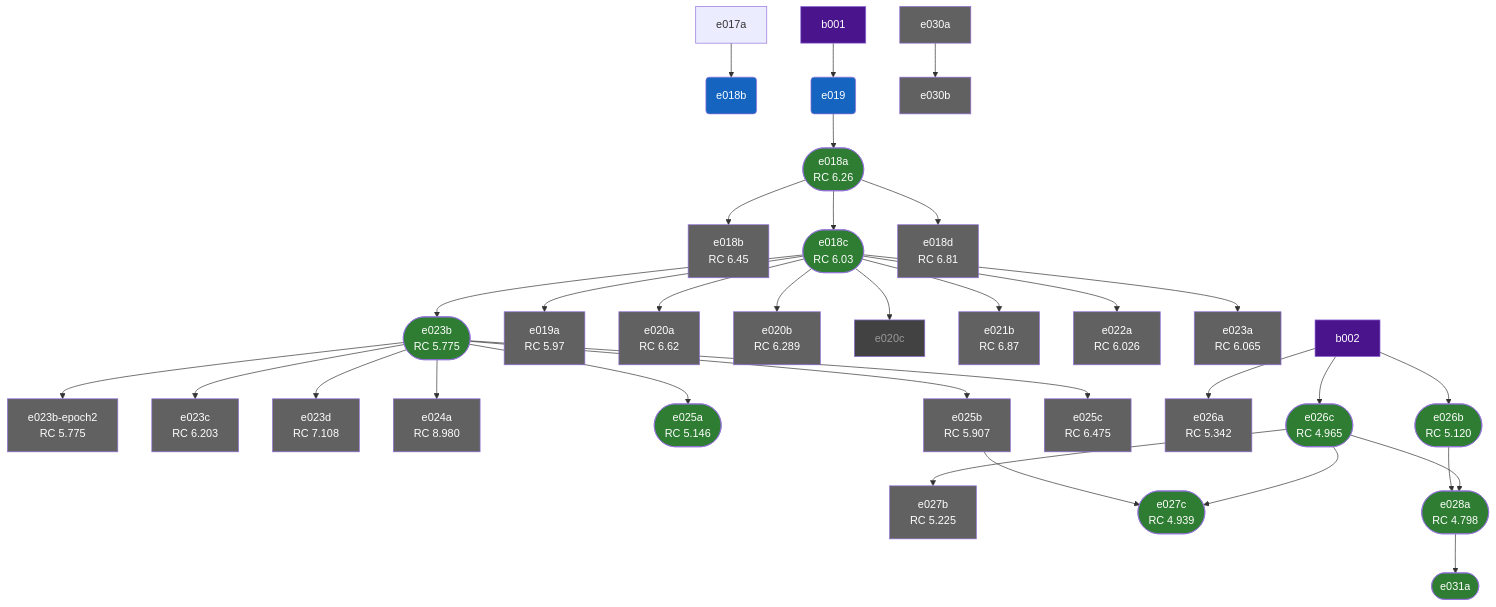
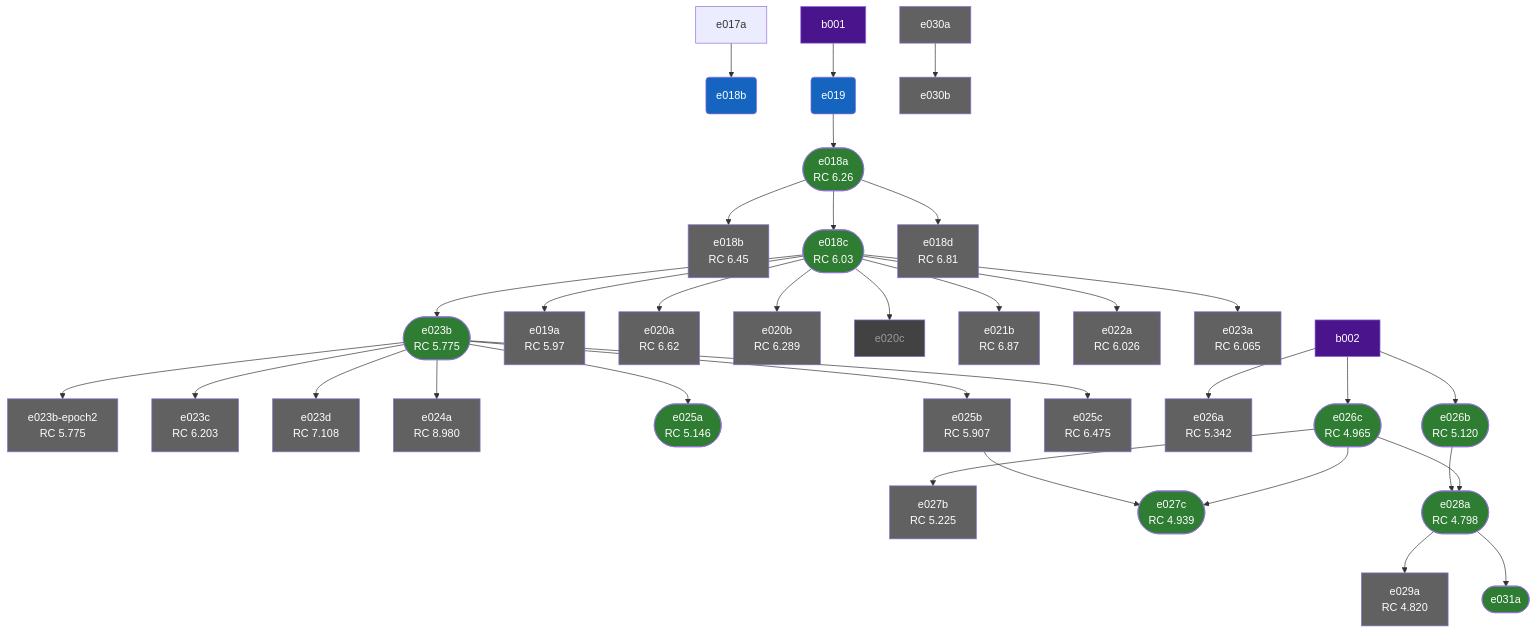
One commit to ScavieFae/autonomous-world-model changed the diagram in docs/experiments/index.md. Above: the diagram before and after it, drawn with Mermaid. The commit also changed other lines of this file and 3 other files, not shown here.

```diff
--- a/docs/experiments/index.md
+++ b/docs/experiments/index.md
@@ -39,6 +39,7 @@
     e027b_e023b_regime_switch["e027b\nRC 5.225"]
     e027c_lossreweight_warmstart(["e027c\nRC 4.939"])
     e028a_full_stack(["e028a\nRC 4.798"])
+    e029a_7k_scaling["e029a\nRC 4.820"]
     e030a_jepa_baseline["e030a"]
     e030b_jepa_rescale["e030b"]
     e031a_speed_profile(["e031a"])
@@ -71,6 +72,7 @@
     e026c_sf_curriculum --> e027c_lossreweight_warmstart
     e026b_unimix --> e028a_full_stack
     e026c_sf_curriculum --> e028a_full_stack
+    e028a_full_stack --> e029a_7k_scaling
     e030a_jepa_baseline --> e030b_jepa_rescale
     e028a_full_stack --> e031a_speed_profile
     style e018a_self_forcing fill:#2e7d32,color:#fff
@@ -100,6 +102,7 @@
     style e027b_e023b_regime_switch fill:#616161,color:#fff
     style e027c_lossreweight_warmstart fill:#2e7d32,color:#fff
     style e028a_full_stack fill:#2e7d32,color:#fff
+    style e029a_7k_scaling fill:#616161,color:#fff
     style e030a_jepa_baseline fill:#616161,color:#fff
     style e030b_jepa_rescale fill:#616161,color:#fff
     style e031a_speed_profile fill:#2e7d32,color:#fff
```
